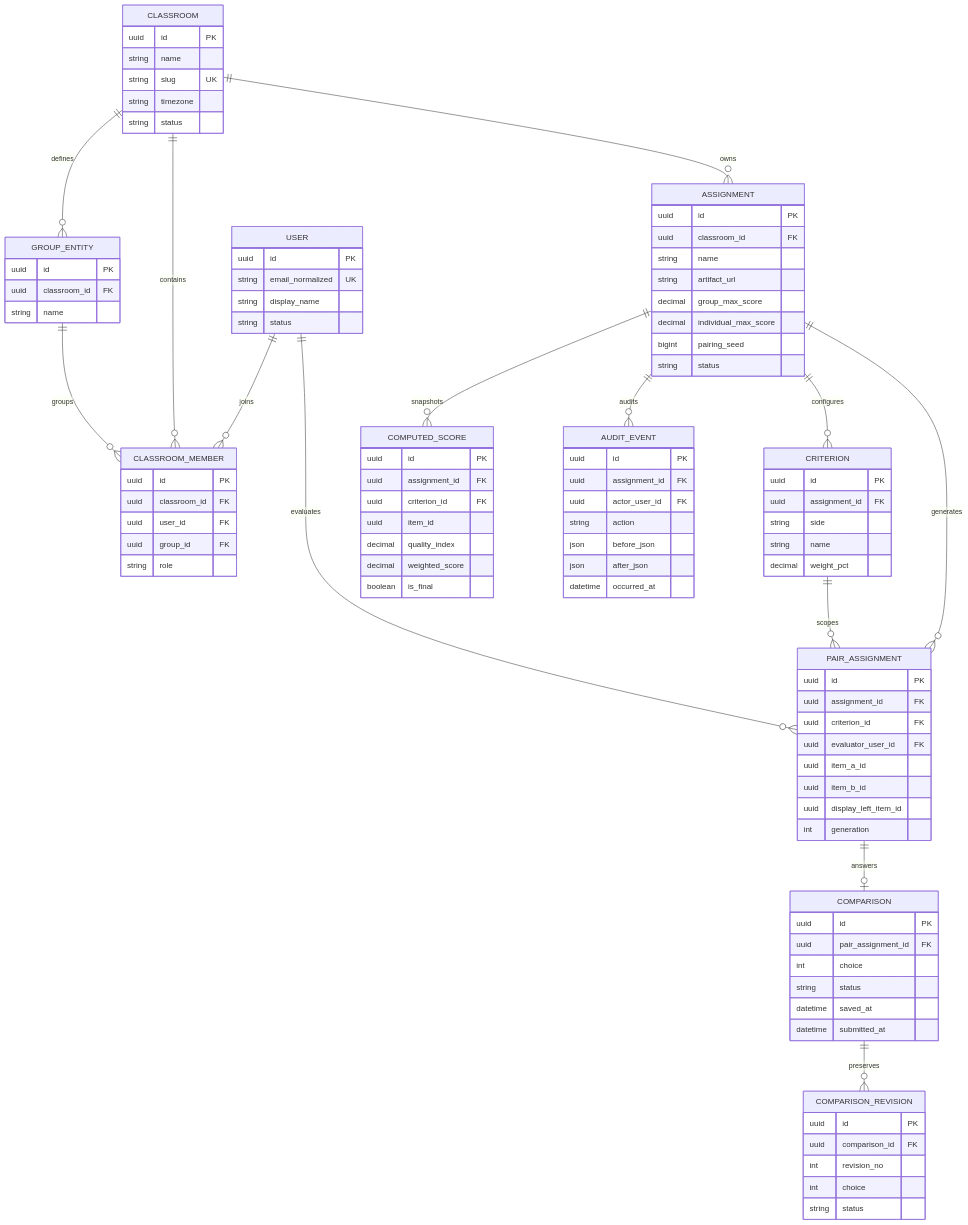
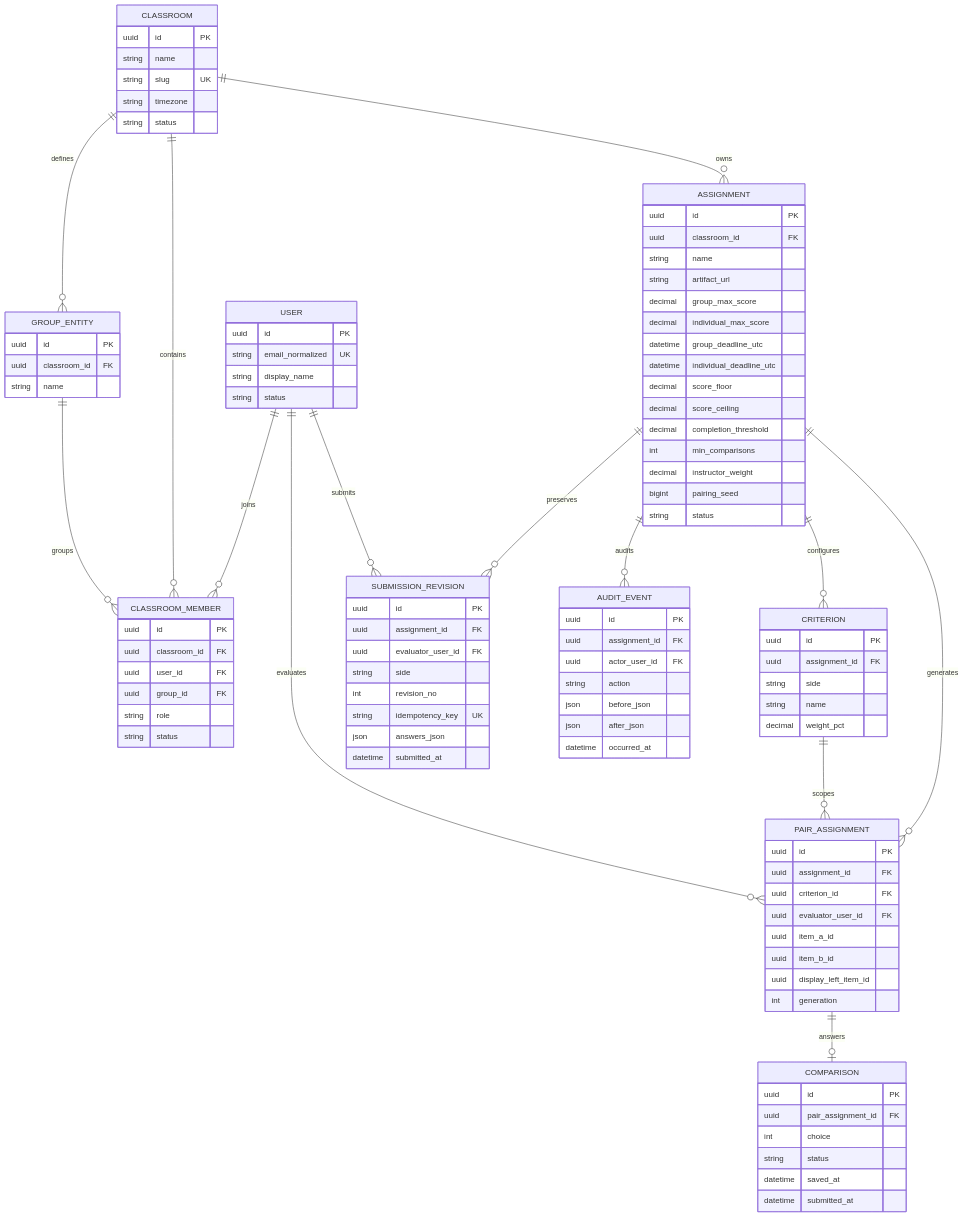
One commit to KNIGHTKRUBPOM/sdpx-torpai changed the diagram in docs/erd.md. Above: the diagram before and after it, drawn with Mermaid. The commit also changed other lines of this file and 61 other files, not shown here.

```diff
--- a/docs/erd.md
+++ b/docs/erd.md
@@ -12,8 +12,8 @@
     CRITERION ||--o{ PAIR_ASSIGNMENT : scopes
     USER ||--o{ PAIR_ASSIGNMENT : evaluates
     PAIR_ASSIGNMENT ||--o| COMPARISON : answers
-    COMPARISON ||--o{ COMPARISON_REVISION : preserves
-    ASSIGNMENT ||--o{ COMPUTED_SCORE : snapshots
+    ASSIGNMENT ||--o{ SUBMISSION_REVISION : preserves
+    USER ||--o{ SUBMISSION_REVISION : submits
     ASSIGNMENT ||--o{ AUDIT_EVENT : audits
 
     USER {
@@ -35,6 +35,7 @@
         uuid user_id FK
         uuid group_id FK
         string role
+        string status
     }
     GROUP_ENTITY {
         uuid id PK
@@ -48,6 +49,13 @@
         string artifact_url
         decimal group_max_score
         decimal individual_max_score
+        datetime group_deadline_utc
+        datetime individual_deadline_utc
+        decimal score_floor
+        decimal score_ceiling
+        decimal completion_threshold
+        int min_comparisons
+        decimal instructor_weight
         bigint pairing_seed
         string status
     }
@@ -76,21 +84,15 @@
         datetime saved_at
         datetime submitted_at
     }
-    COMPARISON_REVISION {
-        uuid id PK
-        uuid comparison_id FK
-        int revision_no
-        int choice
-        string status
-    }
-    COMPUTED_SCORE {
+    SUBMISSION_REVISION {
         uuid id PK
         uuid assignment_id FK
-        uuid criterion_id FK
-        uuid item_id
-        decimal quality_index
-        decimal weighted_score
-        boolean is_final
+        uuid evaluator_user_id FK
+        string side
+        int revision_no
+        string idempotency_key UK
+        json answers_json
+        datetime submitted_at
     }
     AUDIT_EVENT {
         uuid id PK
```
